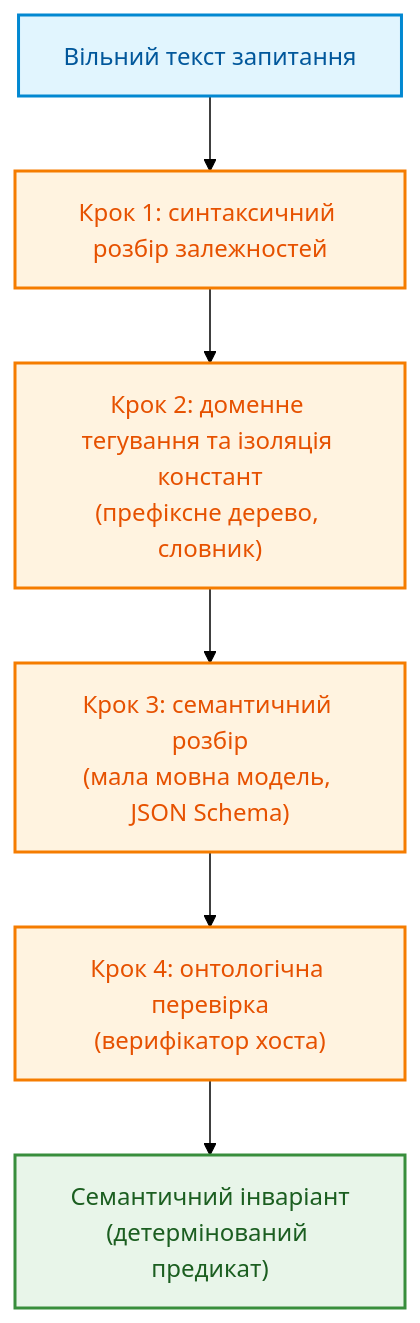
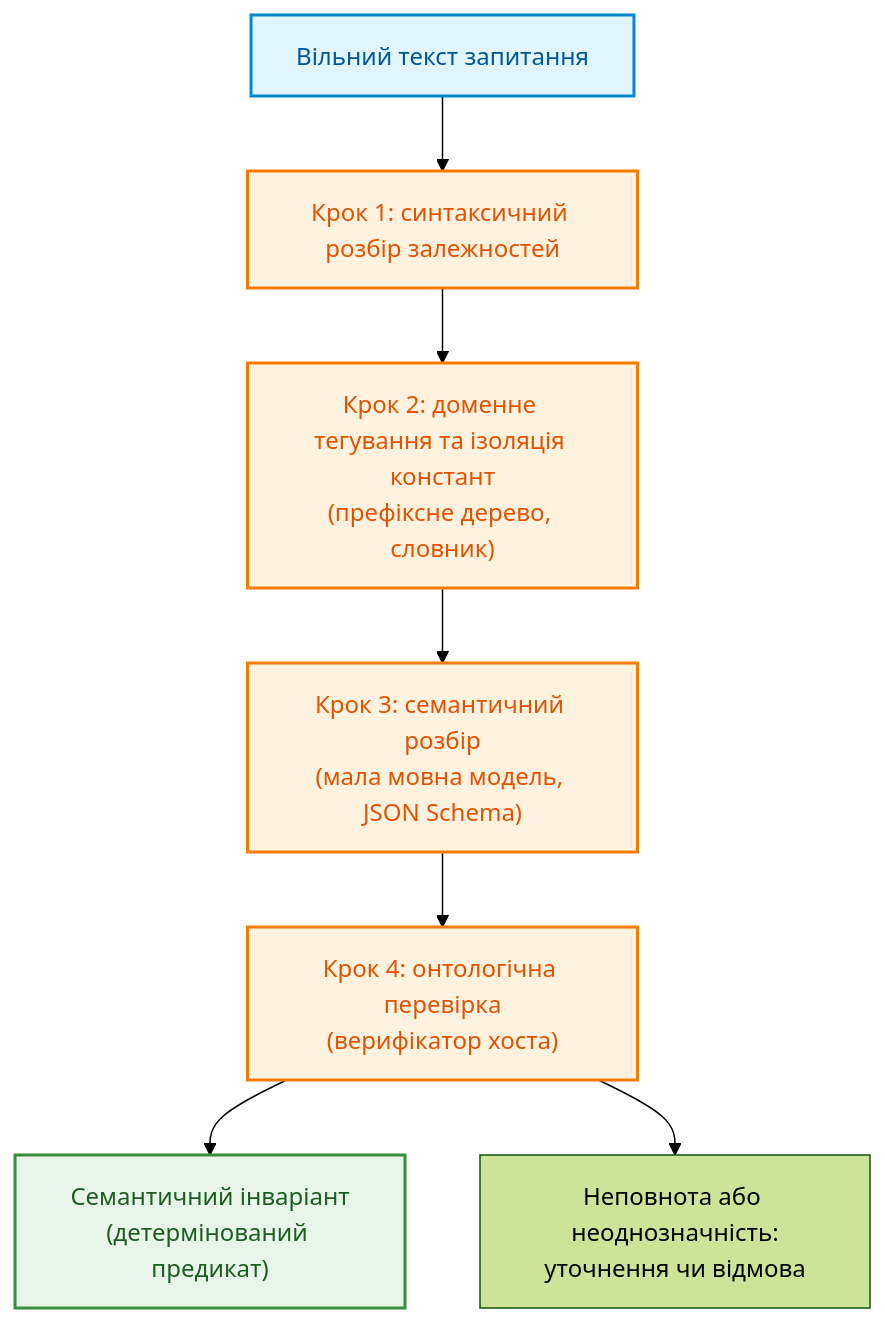
The fifth of 8 diagrams in ExpertSystem/ch13-language-variability-vs-determinism.md (nick-fedchik/articles), drawn with Mermaid (forest theme) before and after one commit. The commit also changed other lines of this file and 7 other files, not shown here.

````diff
--- a/ExpertSystem/ch13-language-variability-vs-determinism.md
+++ b/ExpertSystem/ch13-language-variability-vs-determinism.md
@@ -274,19 +344,20 @@
 ```mermaid
 flowchart TD
     accTitle: Чотирикроковий конвеєр семантичної компіляції запиту
     accDescr: Послідовні кроки від синтаксичного розбору до фіксації детермінованого предиката верифікатором хоста.
 
     IN["Вільний текст запитання"] --> STEP1["Крок 1: синтаксичний розбір залежностей"]
     STEP1 --> STEP2["Крок 2: доменне тегування та ізоляція констант<br/>(префіксне дерево, словник)"]
     STEP2 --> STEP3["Крок 3: семантичний розбір<br/>(мала мовна модель, JSON Schema)"]
     STEP3 --> STEP4["Крок 4: онтологічна перевірка<br/>(верифікатор хоста)"]
     STEP4 --> OUT["Семантичний інваріант<br/>(детермінований предикат)"]
+    STEP4 --> CLAR["Неповнота або неоднозначність:<br/>уточнення чи відмова"]
 
     classDef inp fill:#e1f5fe,stroke:#0288d1,stroke-width:2px,color:#01579b;
     classDef step fill:#fff3e0,stroke:#f57c00,stroke-width:2px,color:#e65100;
     classDef out fill:#e8f5e9,stroke:#388e3c,stroke-width:2px,color:#1b5e20;
 
     class IN inp;
     class STEP1,STEP2,STEP3,STEP4 step;
     class OUT out;
 ```
````
